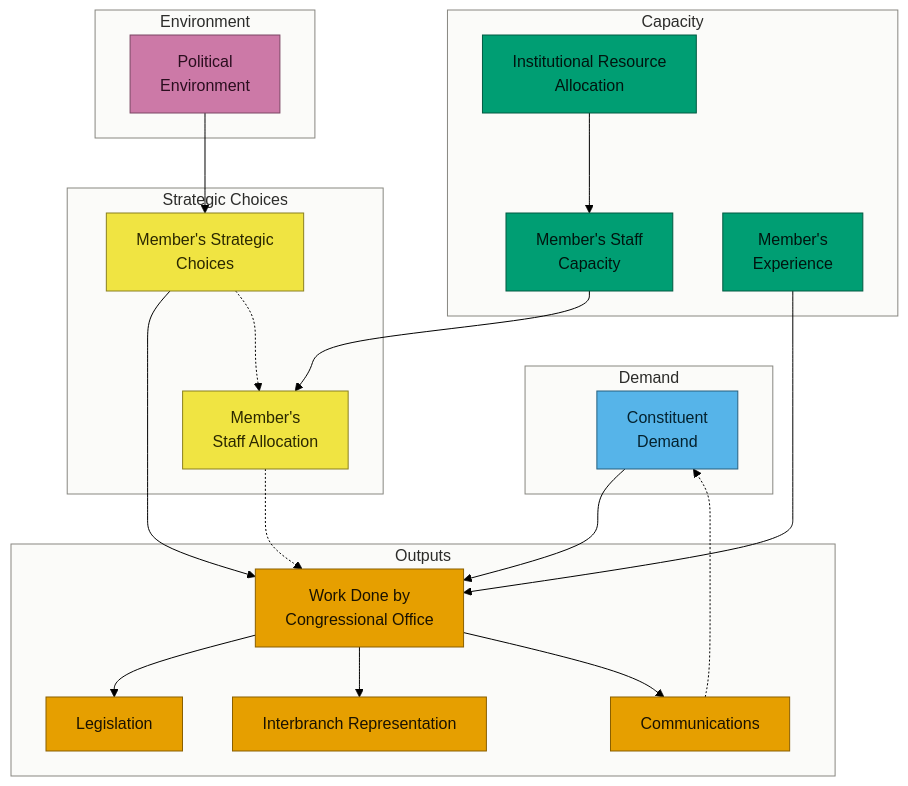
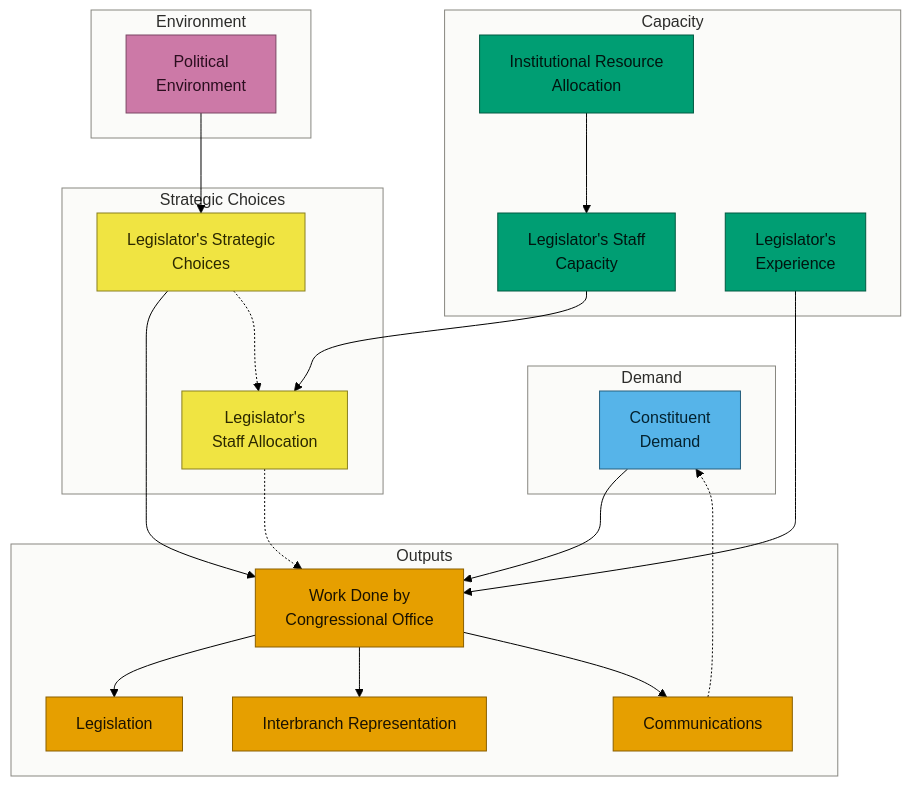
Before and after one commit to judgelord/cor-book: the fifth of 5 diagrams in causal.qmd, drawn with Mermaid (forest theme). The commit also changed other lines of this file and 7 other files, not shown here.

````diff
--- a/causal.qmd
+++ b/causal.qmd
@@ -9,60 +178,59 @@
 ```{mermaid}
-%%| label: fig-causal
-%%| fig-cap: "How constituent demand, capacity, political environment, and member's strategic choices shape interbranch representation activities"
+%%| label: fig-causal-oldoverall
+%%| fig-cap: "Original Figure: How constituent demand, capacity, political environment, and Legislator's strategic choices shape interbranch representation activities"
 %%| fig-width: 6.5
-%%| fig-height: 6
 %%| out-width: "100%"
 
 flowchart TD
     subgraph demand_g ["Demand"]
         CD["Constituent<br/>Demand"]
     end
     subgraph capacity_g ["Capacity"]
         IR["Institutional Resource<br/>Allocation"]
-        SC["Member's Staff<br/>Capacity"]
-        MK["Member's<br/>Experience"]
+        SC["Legislator's Staff<br/>Capacity"]
+        MK["Legislator's<br/>Experience"]
     end
     subgraph env_g ["Environment"]
         PE["Political<br/>Environment"]
     end
     subgraph strategic_g ["Strategic Choices"]
-        G["Member's Strategic<br/>Choices"]
-        SA["Member's <br/> Staff Allocation"]
+        G["Legislator's Strategic<br/>Choices"]
+        SA["Legislator's <br/> Staff Allocation"]
     end
     subgraph output_g ["Outputs"]
         W["Work Done by<br/>Congressional Office"]
         L["Legislation"]
         A["Interbranch Representation"]
         C["Communications"]
     end
 
     CD --> W
     PE --> G
     IR --> SC
     SC --> SA
     G --> W
     G -.-> SA
     MK --> W
     SA -.-> W
     W --> L
     W --> A
     W --> C
     C -.-> CD
 
     classDef output fill:#E69F00,stroke:#8A5F00,color:#1A1200;
     classDef demand fill:#56B4E9,stroke:#27607F,color:#04222F;
     classDef capacity fill:#009E73,stroke:#005A42,color:#00150F;
     classDef environment fill:#CC79A7,stroke:#7A4664,color:#2B0E1F;
     classDef strategic fill:#F0E442,stroke:#8A8020,color:#2B2800;
     class W,L,A,C output;
     class CD demand;
     class IR,SC,MK capacity;
     class PE environment;
     class G,SA strategic;
 
     style demand_g fill:#FBFBF9,stroke:#888780,color:#2C2C2A;
     style capacity_g fill:#FBFBF9,stroke:#888780,color:#2C2C2A;
     style env_g fill:#FBFBF9,stroke:#888780,color:#2C2C2A;
     style strategic_g fill:#FBFBF9,stroke:#888780,color:#2C2C2A;
     style output_g fill:#FBFBF9,stroke:#888780,color:#2C2C2A;
 ```
````
